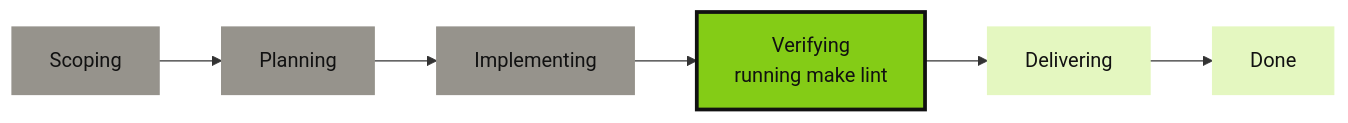
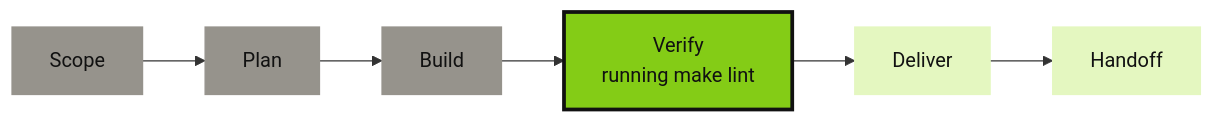
The first of 2 diagrams in docs/issue-ops.md (bearlike/Grove), drawn with Mermaid before and after one commit. The commit also changed other lines of this file and 202 other files, not shown here.

````diff
--- a/docs/issue-ops.md
+++ b/docs/issue-ops.md
@@ -19,13 +19,13 @@
 ```mermaid
 flowchart LR
   classDef done fill:#96938c,stroke:#96938c,color:#111111
   classDef now fill:#84cc16,stroke:#111111,stroke-width:3px,color:#111111
   classDef todo fill:#e4f7c0,stroke:#e4f7c0,color:#111111
-  p0["Scoping"]:::done
-  p1["Planning"]:::done
-  p2["Implementing"]:::done
-  p3["Verifying<br>running make lint"]:::now
-  p4["Delivering"]:::todo
-  p5["Done"]:::todo
+  p0["Scope"]:::done
+  p1["Plan"]:::done
+  p2["Build"]:::done
+  p3["Verify<br>running make lint"]:::now
+  p4["Deliver"]:::todo
+  p5["Handoff"]:::todo
   p0 --> p1 --> p2 --> p3 --> p4 --> p5
 ```
````
